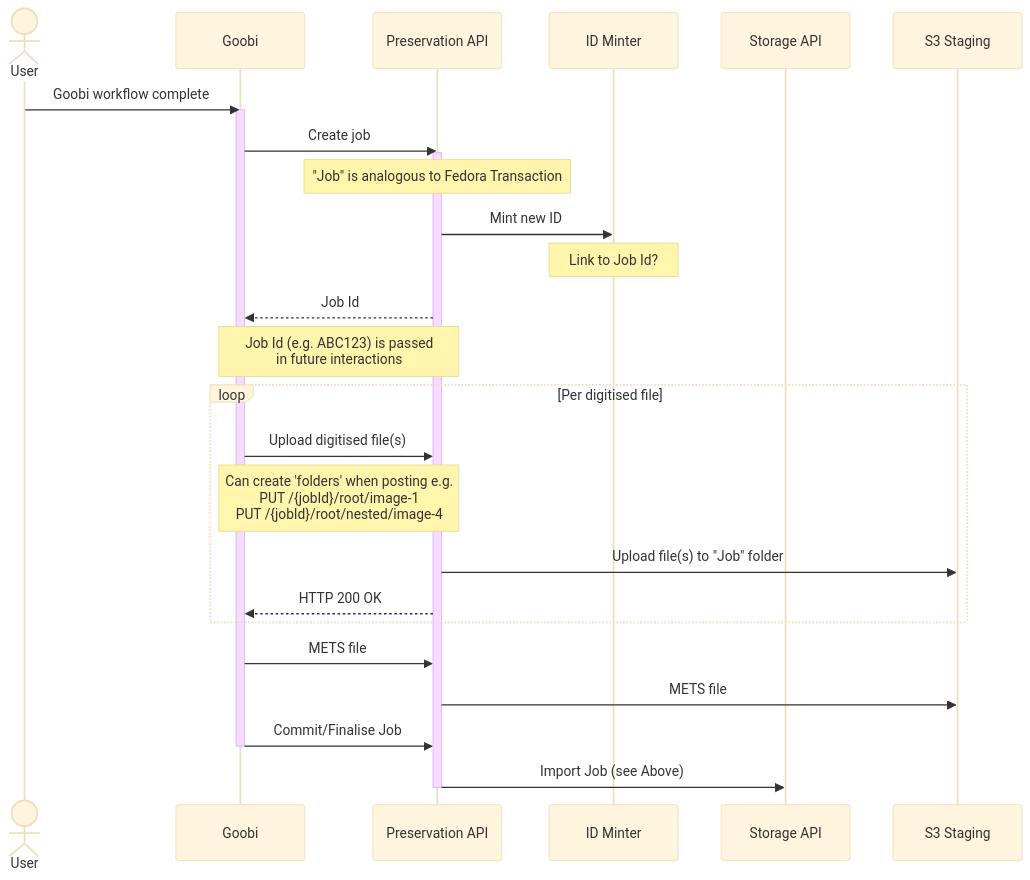
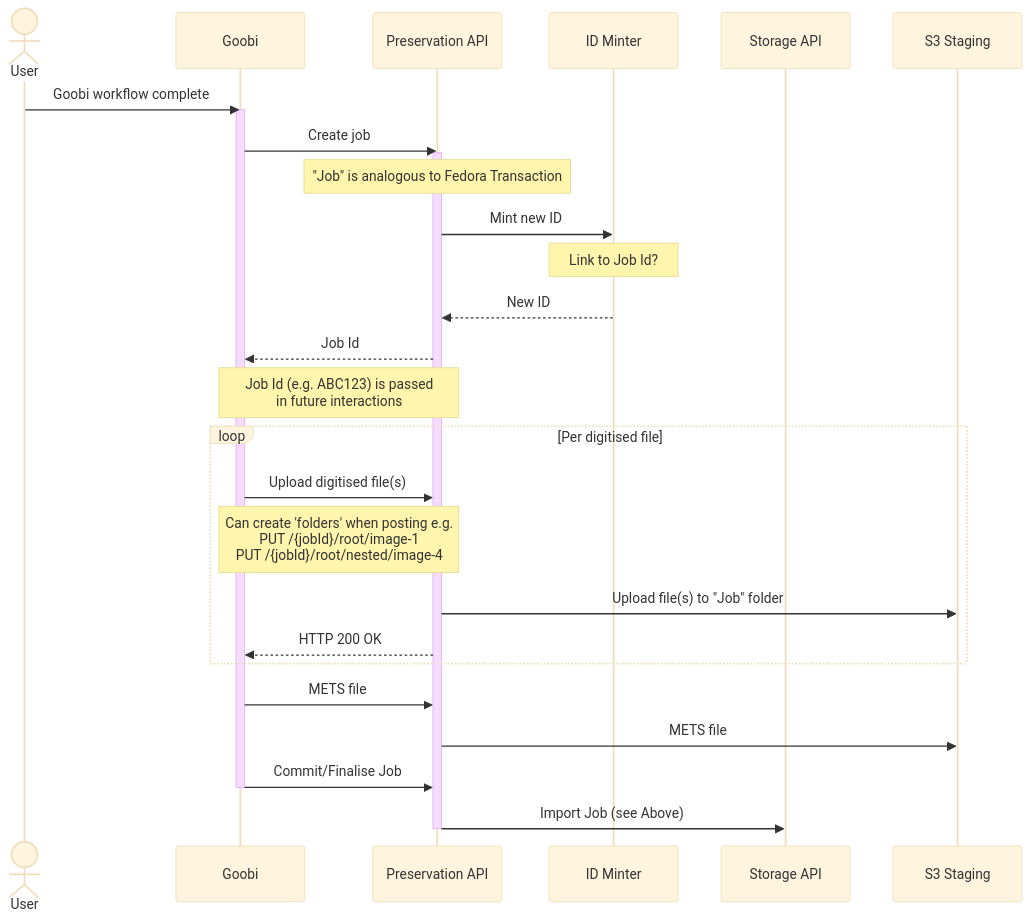
The second of 3 diagrams in sequence-diagrams/goobi_api_interaction.md (digirati-co-uk/digital-preservation-docs), drawn with Mermaid (base theme) before and after one commit.

Commit message:
Add missing return

````diff
--- a/sequence-diagrams/goobi_api_interaction.md
+++ b/sequence-diagrams/goobi_api_interaction.md
@@ -89,31 +89,32 @@
 ```mermaid
 sequenceDiagram
   actor User
   participant G as Goobi
   participant P as Preservation API
   participant ID as ID Minter
   participant S as Storage API
   participant S3 as S3 Staging
 
   User->>G: Goobi workflow complete
   activate G
   G->>P: Create job
   activate P
   note over P: "Job" is analogous to Fedora Transaction
   P->>ID: Mint new ID
   note over ID: Link to Job Id?
+  ID-->>P: New ID
   P-->>G: Job Id
   note over G,P: Job Id (e.g. ABC123) is passed<br>in future interactions
   loop Per digitised file
     G->>P: Upload digitised file(s)
     note over G,P:Can create 'folders' when posting e.g.<br>PUT /{jobId}/root/image-1<br>PUT /{jobId}/root/nested/image-4
     P->>S3: Upload file(s) to "Job" folder
     P-->>G: HTTP 200 OK
   end
   G->>P: METS file
   P->>S3: METS file
   G->>P: Commit/Finalise Job
   deactivate G
   P->>S:Import Job (see Above)
   deactivate P
 ```
````
